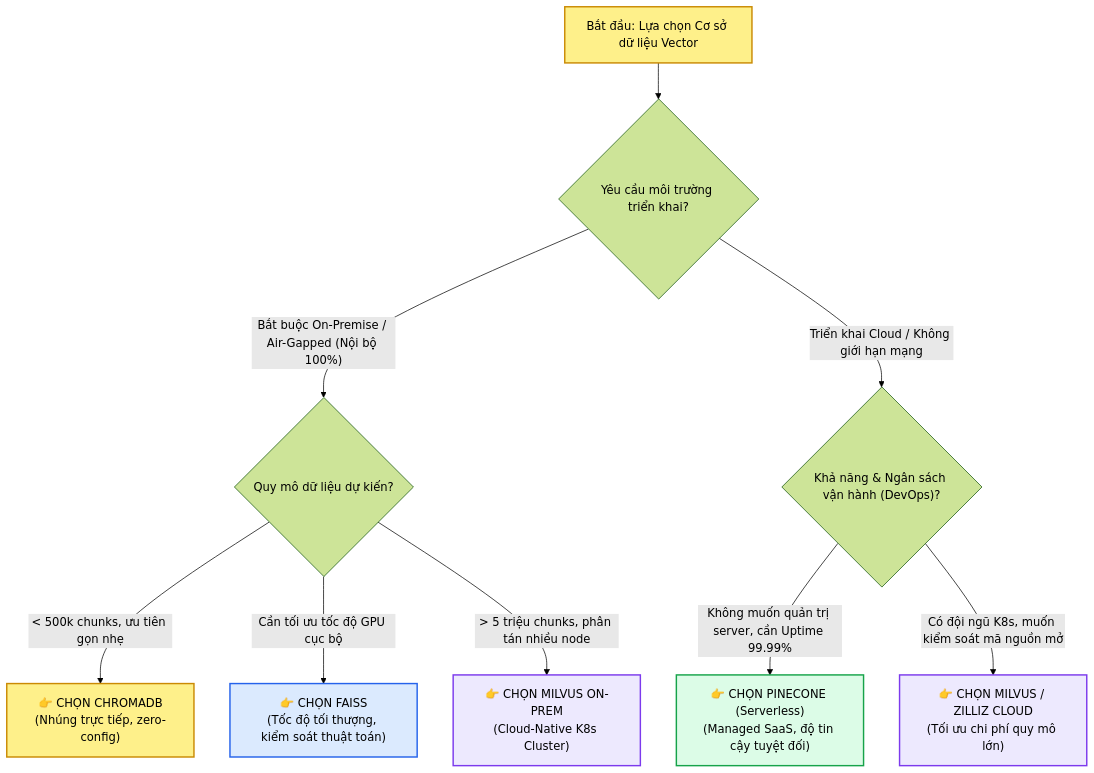
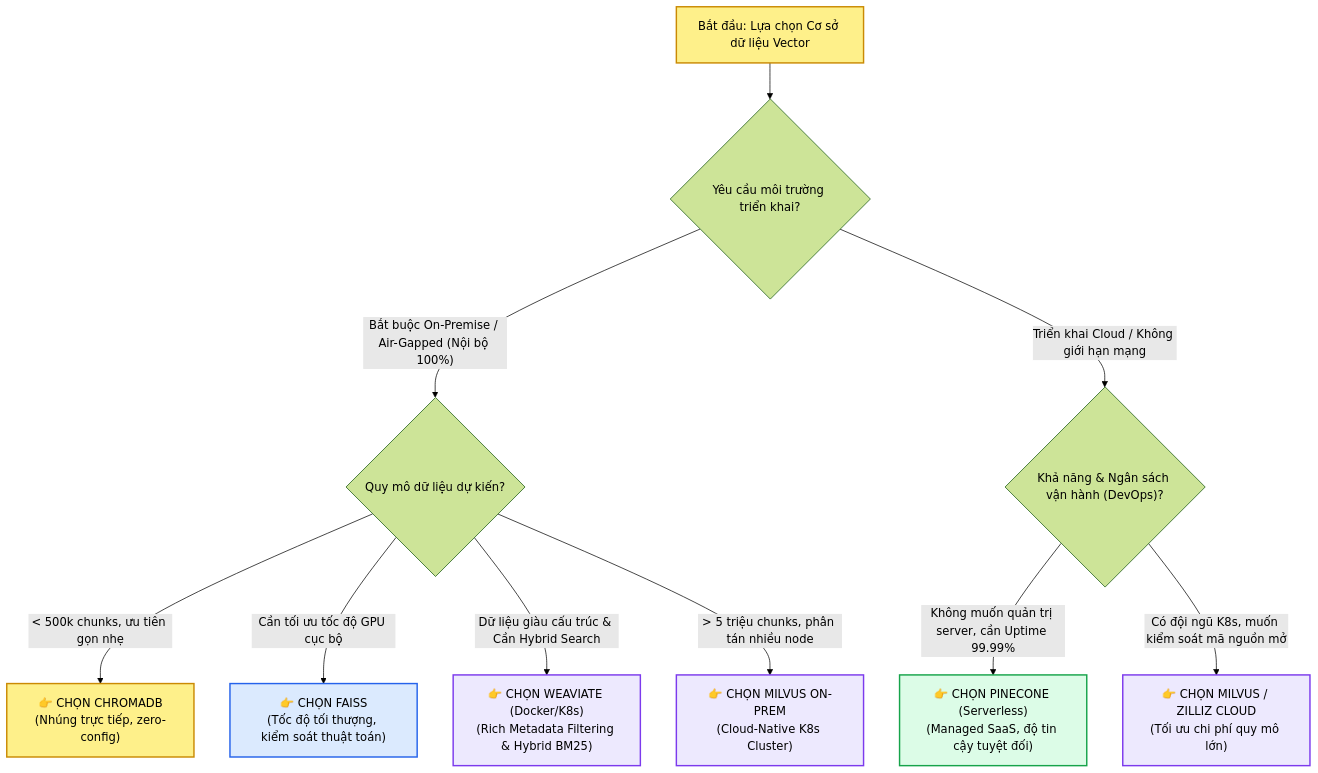
Before and after one commit to LeNguyenHaiDuong/agent_course: the eighth of 10 diagrams in 01-research-and-foundations/03-semantic-search/03_embeddings_and_vector_databases.md, drawn with Mermaid (forest theme). The commit also changed other lines of this file and 4 other files, not shown here.

````diff
--- a/01-research-and-foundations/03-semantic-search/03_embeddings_and_vector_databases.md
+++ b/01-research-and-foundations/03-semantic-search/03_embeddings_and_vector_databases.md
@@ -396,20 +592,22 @@
 ```mermaid
 flowchart TD
     Start["Bắt đầu: Lựa chọn Cơ sở dữ liệu Vector"] --> Q_Env{"Yêu cầu môi trường triển khai?"}
 
     Q_Env -->|"Bắt buộc On-Premise / Air-Gapped (Nội bộ 100%)"| Q_ScaleLocal{"Quy mô dữ liệu dự kiến?"}
     Q_ScaleLocal -->|"< 500k chunks, ưu tiên gọn nhẹ"| UseChroma["👉 CHỌN CHROMADB<br>(Nhúng trực tiếp, zero-config)"]
     Q_ScaleLocal -->|"Cần tối ưu tốc độ GPU cục bộ"| UseFAISS["👉 CHỌN FAISS<br>(Tốc độ tối thượng, kiểm soát thuật toán)"]
+    Q_ScaleLocal -->|"Dữ liệu giàu cấu trúc & Cần Hybrid Search"| UseWeaviate["👉 CHỌN WEAVIATE (Docker/K8s)<br>(Rich Metadata Filtering & Hybrid BM25)"]
     Q_ScaleLocal -->|"> 5 triệu chunks, phân tán nhiều node"| UseMilvus["👉 CHỌN MILVUS ON-PREM<br>(Cloud-Native K8s Cluster)"]
 
     Q_Env -->|"Triển khai Cloud / Không giới hạn mạng"| Q_Ops{"Khả năng & Ngân sách vận hành (DevOps)?"}
     Q_Ops -->|"Không muốn quản trị server, cần Uptime 99.99%"| UsePinecone["👉 CHỌN PINECONE (Serverless)<br>(Managed SaaS, độ tin cậy tuyệt đối)"]
     Q_Ops -->|"Có đội ngũ K8s, muốn kiểm soát mã nguồn mở"| UseMilvusCloud["👉 CHỌN MILVUS / ZILLIZ CLOUD<br>(Tối ưu chi phí quy mô lớn)"]
 
     style Start fill:#fef08a,stroke:#ca8a04,stroke-width:2px,color:#000000
     style UseChroma fill:#fef08a,stroke:#ca8a04,stroke-width:2px,color:#000000
     style UseFAISS fill:#dbeafe,stroke:#2563eb,stroke-width:2px,color:#000000
+    style UseWeaviate fill:#ede9fe,stroke:#7c3aed,stroke-width:2px,color:#000000
     style UseMilvus fill:#ede9fe,stroke:#7c3aed,stroke-width:2px,color:#000000
     style UsePinecone fill:#dcfce7,stroke:#16a34a,stroke-width:2px,color:#000000
     style UseMilvusCloud fill:#ede9fe,stroke:#7c3aed,stroke-width:2px,color:#000000
 ```
````
